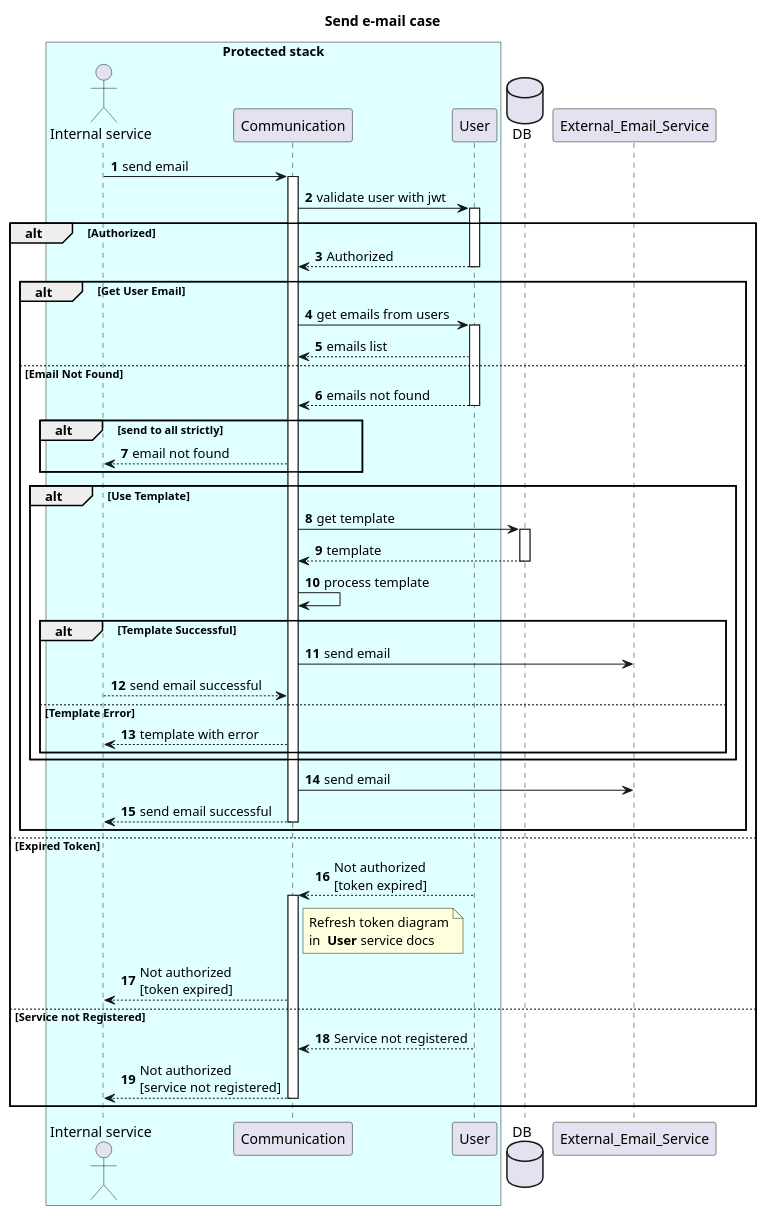
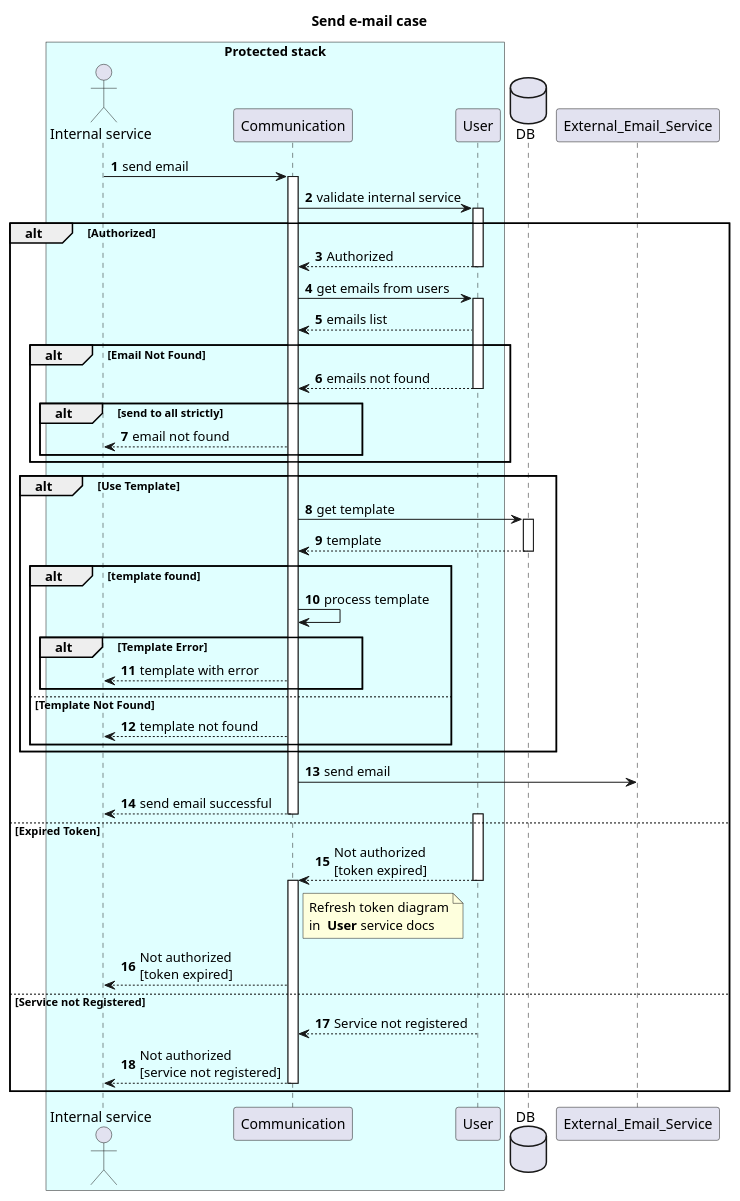
Before and after one commit to orion-services/talk-old: the diagram in docs/create-email.wsd, drawn with PlantUML.

Commit message:
#6 reestructure conditions

```diff
--- a/docs/create-email.wsd
+++ b/docs/create-email.wsd
@@ -1,65 +1,64 @@
 @startuml
 autonumber
 title "Send e-mail case"
 
 box "Protected stack" #LightCyan
 
 actor "Internal service" as client
 participant Communication
 participant User
 end box
 database DB
 participant External_Email_Service
 
 
 client -> Communication: send email
 activate Communication
-Communication -> User: validate user with jwt
+Communication -> User: validate internal service
 activate User
 alt Authorized
   User --> Communication: Authorized
   deactivate User
-  alt Get User Email
-    Communication -> User: get emails from users
-    activate User
-    User --> Communication: emails list
-  else Email Not Found
+  Communication -> User: get emails from users
+  activate User
+  User --> Communication: emails list
+  alt Email Not Found
     User --> Communication: emails not found
     alt send to all strictly
       deactivate User
-
       Communication --> client: email not found
     end
-    alt Use Template
-      Communication -> DB : get template
-      activate DB
-      DB --> Communication : template
-      deactivate DB
+  end
+  alt Use Template
+    Communication -> DB : get template
+    activate DB
+    DB --> Communication : template
+    deactivate DB
+    alt template found
       Communication -> Communication : process template
-      alt Template Successful
-        Communication -> External_Email_Service : send email
-        Communication <-- client : send email successful
-      else Template Error
+      alt Template Error
         Communication --> client : template with error
       end
+    else Template Not Found
+      Communication --> client : template not found
     end
-    Communication -> External_Email_Service : send email
-    Communication --> client : send email successful
-    deactivate Communication
   end
+  Communication -> External_Email_Service : send email
+  Communication --> client : send email successful
+  deactivate Communication
 else Expired Token
   activate User
   User --> Communication : Not authorized \n[token expired]
   deactivate User
   activate Communication
   note right of Communication
     Refresh token diagram
     in  **User** service docs
   end note
   Communication --> client : Not authorized \n[token expired]
 else Service not Registered
   User --> Communication : Service not registered
   Communication --> client : Not authorized \n[service not registered]
   deactivate Communication
 end
 @enduml
```
